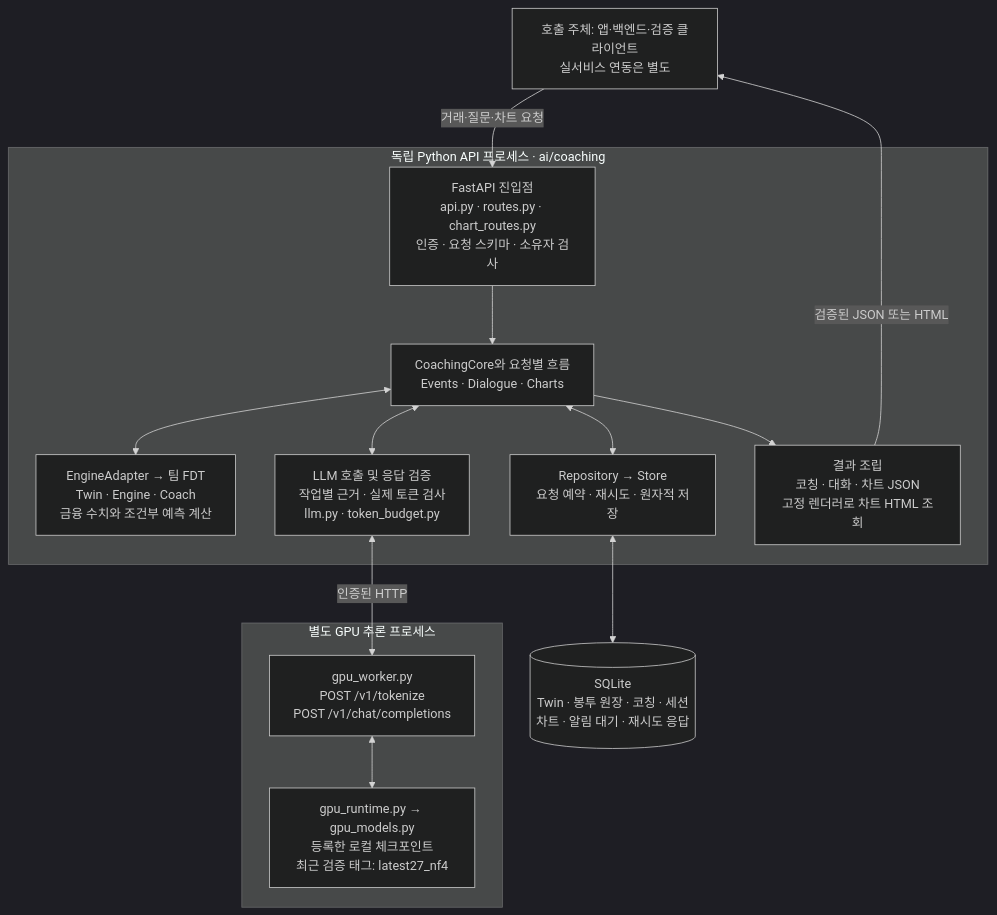
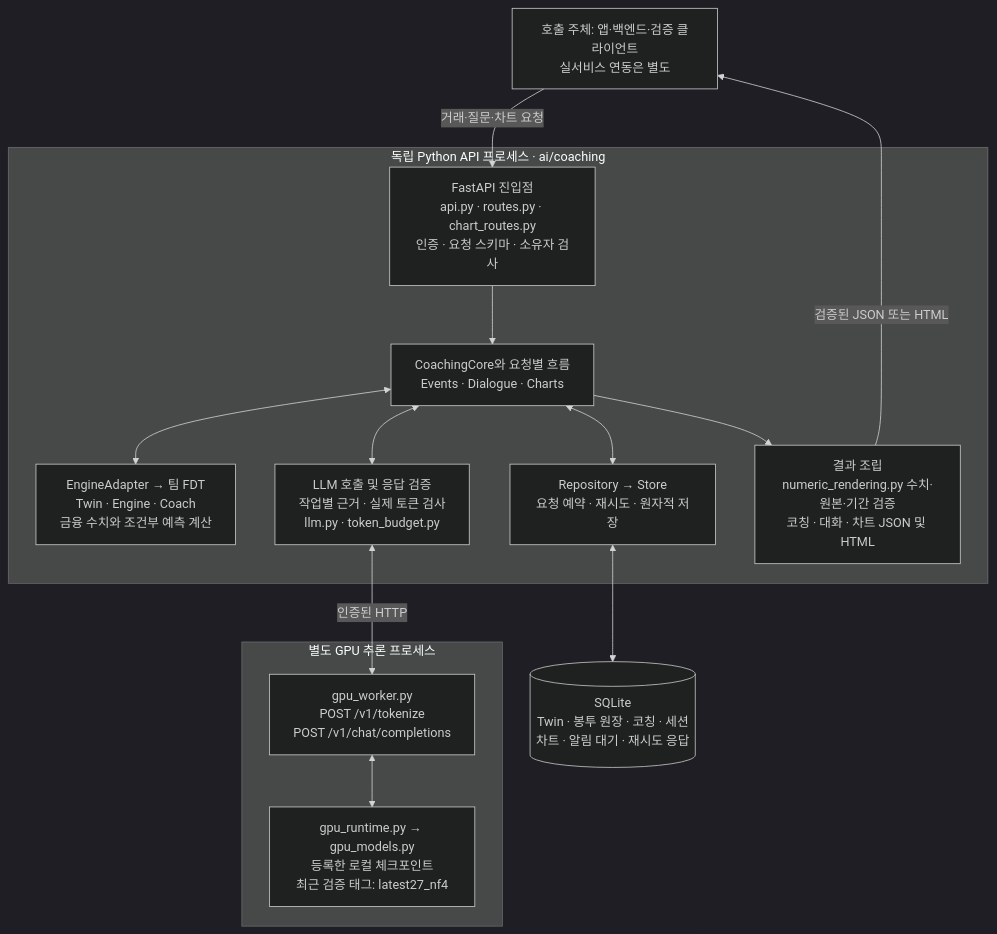
The first of 3 diagrams in ai/coaching/docs/architecture.md (dfizae/KeyFin), drawn with Mermaid (dark theme) before and after one commit. The commit also changed other lines of this file and 5 other files, not shown here.

````diff
--- a/ai/coaching/docs/architecture.md
+++ b/ai/coaching/docs/architecture.md
@@ -11,30 +11,30 @@
 ```mermaid
 flowchart TB
     Caller["호출 주체: 앱·백엔드·검증 클라이언트<br/>실서비스 연동은 별도"]
 
     subgraph Service["독립 Python API 프로세스 · ai/coaching"]
         API["FastAPI 진입점<br/>api.py · routes.py · chart_routes.py<br/>인증 · 요청 스키마 · 소유자 검사"]
         Core["CoachingCore와 요청별 흐름<br/>Events · Dialogue · Charts"]
         FDT["EngineAdapter → 팀 FDT<br/>Twin · Engine · Coach<br/>금융 수치와 조건부 예측 계산"]
         ModelClient["LLM 호출 및 응답 검증<br/>작업별 근거 · 실제 토큰 검사<br/>llm.py · token_budget.py"]
         Store["Repository → Store<br/>요청 예약 · 재시도 · 원자적 저장"]
-        Output["결과 조립<br/>코칭 · 대화 · 차트 JSON<br/>고정 렌더러로 차트 HTML 조회"]
+        Output["결과 조립<br/>numeric_rendering.py 수치·원본·기간 검증<br/>코칭 · 대화 · 차트 JSON 및 HTML"]
         API --> Core
         Core <--> FDT
         Core <--> ModelClient
         Core <--> Store
         Core --> Output
     end
 
     subgraph Inference["별도 GPU 추론 프로세스"]
         Worker["gpu_worker.py<br/>POST /v1/tokenize<br/>POST /v1/chat/completions"]
         Model["gpu_runtime.py → gpu_models.py<br/>등록한 로컬 체크포인트<br/>최근 검증 태그: latest27_nf4"]
         Worker <--> Model
     end
 
     DB[("SQLite<br/>Twin · 봉투 원장 · 코칭 · 세션<br/>차트 · 알림 대기 · 재시도 응답")]
     Caller -->|"거래·질문·차트 요청"| API
     Store <--> DB
     ModelClient <-->|"인증된 HTTP"| Worker
     Output -->|"검증된 JSON 또는 HTML"| Caller
 ```
````
